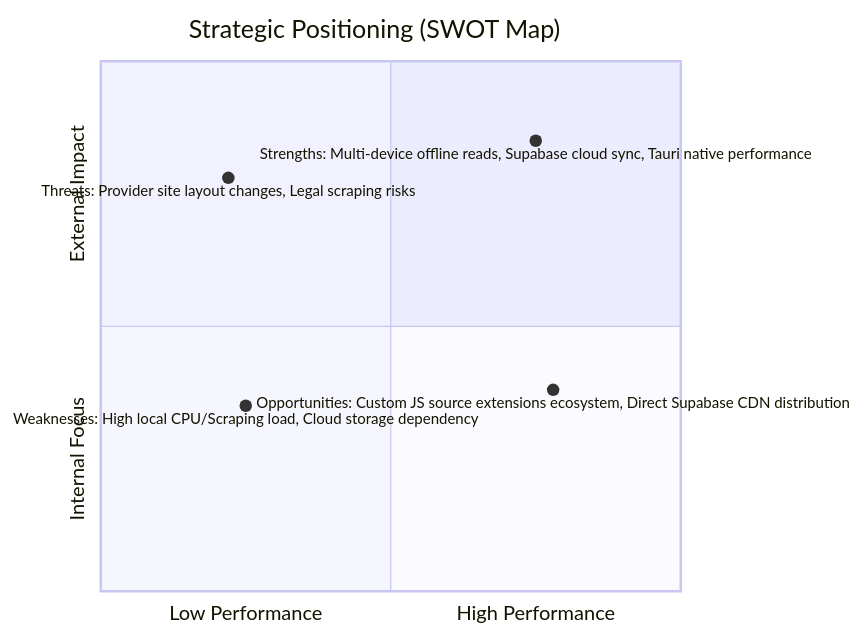
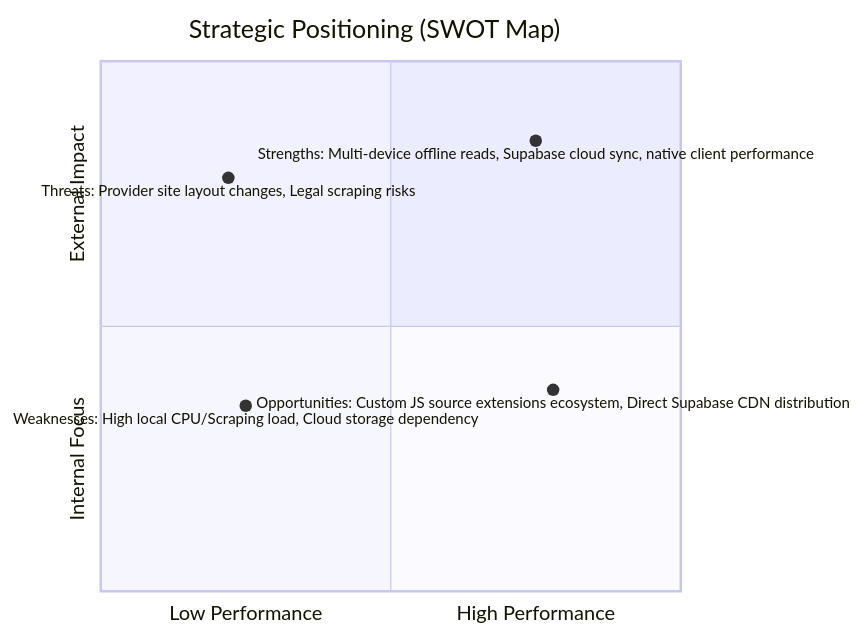
The diagram in docs/manga_dl_comprehensive_analysis.md (Zenmisan/manga-dl), drawn with Mermaid before and after one commit. The commit also changed other lines of this file and 35 other files, not shown here.

````diff
--- a/docs/manga_dl_comprehensive_analysis.md
+++ b/docs/manga_dl_comprehensive_analysis.md
@@ -9,10 +9,10 @@
 ```mermaid
 quadrantChart
     title Strategic Positioning (SWOT Map)
     x-axis Low Performance --> High Performance
     y-axis Internal Focus --> External Impact
     "Weaknesses: High local CPU/Scraping load, Cloud storage dependency": [0.25, 0.35]
     "Threats: Provider site layout changes, Legal scraping risks": [0.22, 0.78]
-    "Strengths: Multi-device offline reads, Supabase cloud sync, Tauri native performance": [0.75, 0.85]
+    "Strengths: Multi-device offline reads, Supabase cloud sync, native client performance": [0.75, 0.85]
     "Opportunities: Custom JS source extensions ecosystem, Direct Supabase CDN distribution": [0.78, 0.38]
 ```
````
